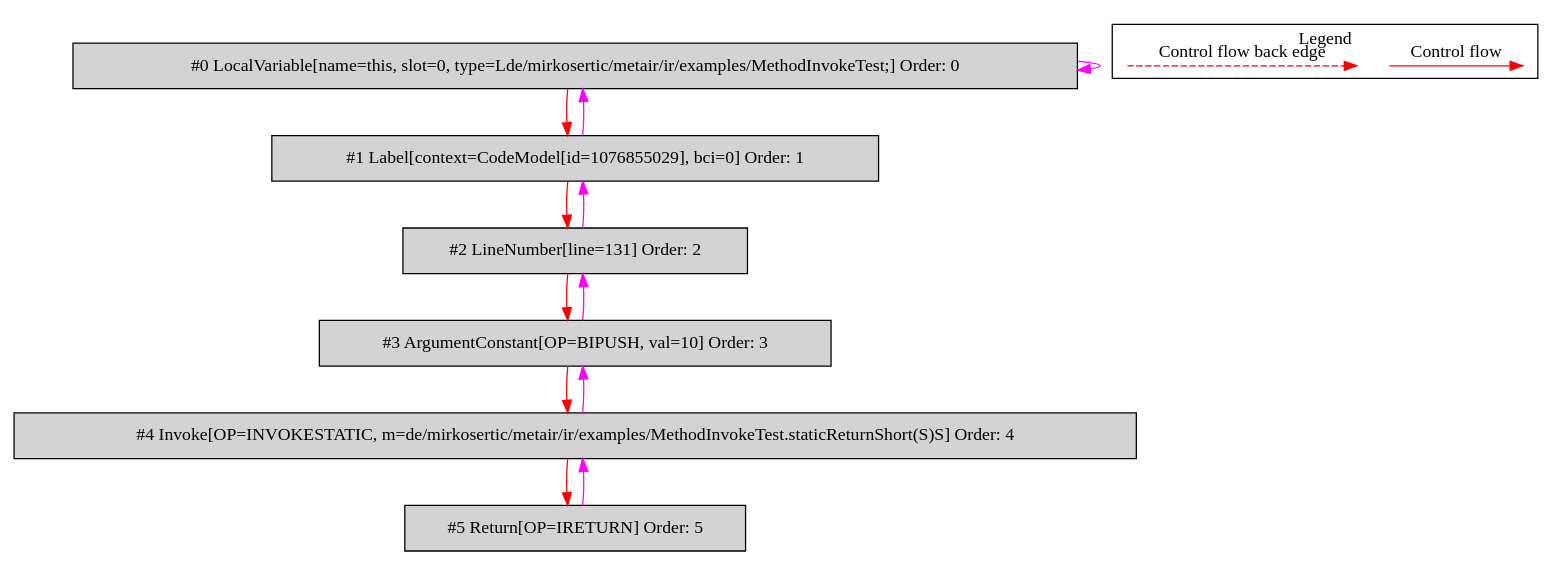
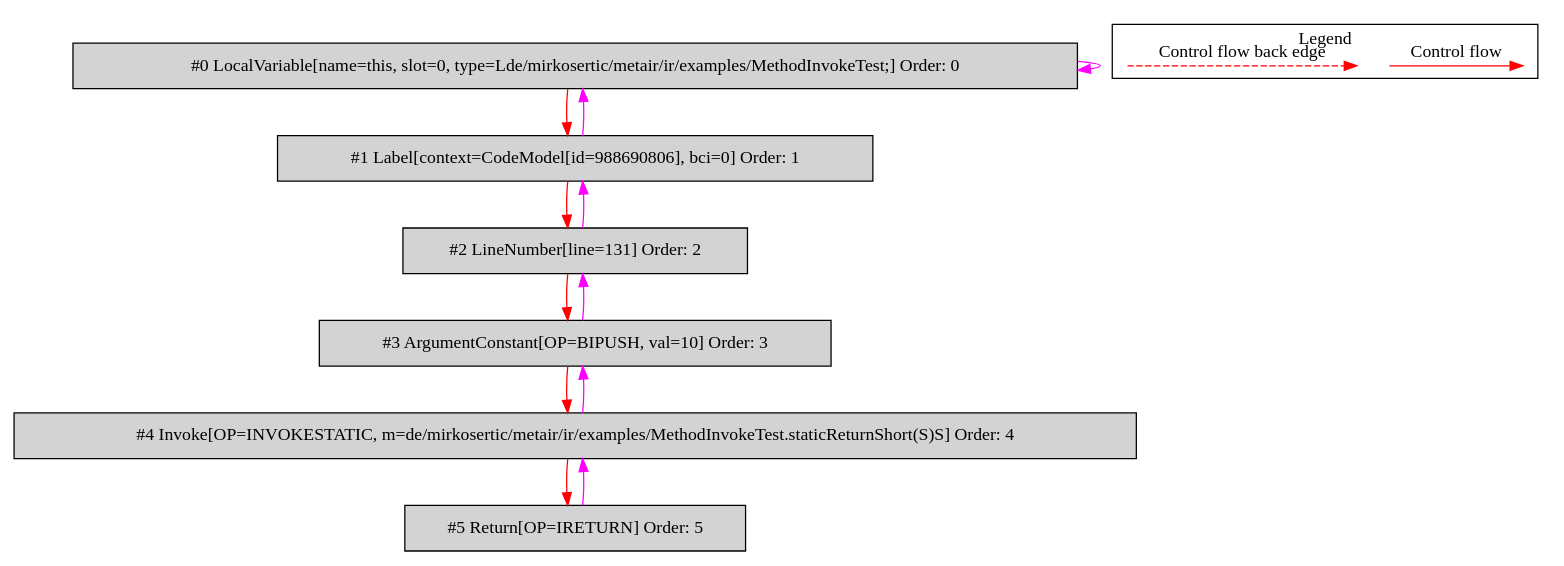
Before and after one commit to mirkosertic/MetaIR: the diagram in de.mirkosertic.metair.ir.examples.MethodInvokeTest/returnShort/bytecodecfg.dot, drawn with Graphviz. The commit also changed 488 other files, not shown here.

```diff
--- a/de.mirkosertic.metair.ir.examples.MethodInvokeTest/returnShort/bytecodecfg.dot
+++ b/de.mirkosertic.metair.ir.examples.MethodInvokeTest/returnShort/bytecodecfg.dot
@@ -1,34 +1,34 @@
 digraph {
  ordering="in";
  node0[label="#0 LocalVariable[name=this, slot=0, type=Lde/mirkosertic/metair/ir/examples/MethodInvokeTest;] Order: 0", shape=box, fillcolor=lightgrey, style=filled];
- node1[label="#1 Label[context=CodeModel[id=1076855029], bci=0] Order: 1", shape=box, fillcolor=lightgrey, style=filled];
+ node1[label="#1 Label[context=CodeModel[id=988690806], bci=0] Order: 1", shape=box, fillcolor=lightgrey, style=filled];
  node2[label="#2 LineNumber[line=131] Order: 2", shape=box, fillcolor=lightgrey, style=filled];
  node3[label="#3 ArgumentConstant[OP=BIPUSH, val=10] Order: 3", shape=box, fillcolor=lightgrey, style=filled];
  node4[label="#4 Invoke[OP=INVOKESTATIC, m=de/mirkosertic/metair/ir/examples/MethodInvokeTest.staticReturnShort(S)S] Order: 4", shape=box, fillcolor=lightgrey, style=filled];
  node5[label="#5 Return[OP=IRETURN] Order: 5", shape=box, fillcolor=lightgrey, style=filled];
  node0 -> node0[color=fuchsia];
  node0 -> node1[color=red];
  node1 -> node0[color=fuchsia];
  node1 -> node2[color=red];
  node2 -> node1[color=fuchsia];
  node2 -> node3[color=red];
  node3 -> node2[color=fuchsia];
  node3 -> node4[color=red];
  node4 -> node3[color=fuchsia];
  node4 -> node5[color=red];
  node5 -> node4[color=fuchsia];
  subgraph cluster_000 {
   label = "Legend";
   node [shape=point]
   {
    rank=same;
    c0 [style = invis];
    c1 [style = invis];
    c2 [style = invis];
    c3 [style = invis];
   }
   c0 -> c1 [label="Control flow", style=solid, color=red]
   c2 -> c3 [label="Control flow back edge", style=dashed, color=red]
  }
 
 }
```
